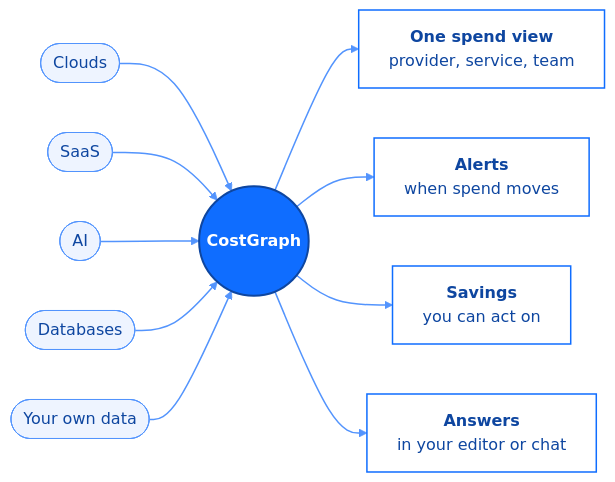
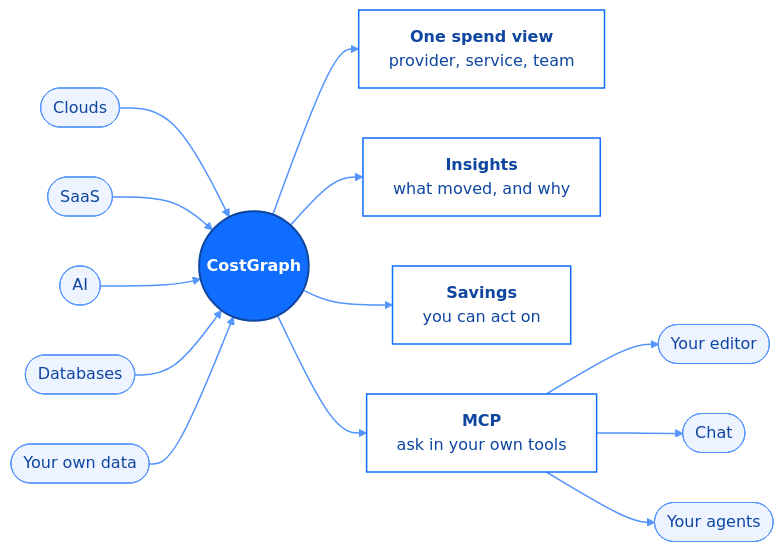
The diagram in costgraph/integrations/overview.mdx (baselinehq/mintlify-docs), drawn with Mermaid before and after one commit. The commit also changed other lines of this file, not shown here.

Commit message:
docs: add the MCP fan-out to the integrations diagram

````diff
--- a/costgraph/integrations/overview.mdx
+++ b/costgraph/integrations/overview.mdx
@@ -24,36 +24,44 @@
 ```mermaid
 flowchart LR
   P1(["Clouds"])
   P2(["SaaS"])
   P3(["AI"])
   P4(["Databases"])
   P5(["Your own data"])
 
   CG(("CostGraph"))
 
   O1["<b>One spend view</b><br/>provider, service, team"]
-  O2["<b>Alerts</b><br/>when spend moves"]
+  O2["<b>Insights</b><br/>what moved, and why"]
   O3["<b>Savings</b><br/>you can act on"]
-  O4["<b>Answers</b><br/>in your editor or chat"]
+  O4["<b>MCP</b><br/>ask in your own tools"]
+
+  M1(["Your editor"])
+  M2(["Chat"])
+  M3(["Your agents"])
 
   P1 --> CG
   P2 --> CG
   P3 --> CG
   P4 --> CG
   P5 --> CG
 
   CG --> O1
   CG --> O2
   CG --> O3
   CG --> O4
 
+  O4 --> M1
+  O4 --> M2
+  O4 --> M3
+
   classDef hub fill:#0F6DFF,stroke:#0E46A0,stroke-width:2px,color:#FFFFFF,font-weight:bold
   classDef source fill:#EEF4FF,stroke:#5394FD,stroke-width:1px,color:#0E46A0
   classDef outcome fill:#FFFFFF,stroke:#0F6DFF,stroke-width:1.5px,color:#0E46A0
 
   class CG hub
-  class P1,P2,P3,P4,P5 source
+  class P1,P2,P3,P4,P5,M1,M2,M3 source
   class O1,O2,O3,O4 outcome
 
   linkStyle default stroke:#5394FD,stroke-width:1.5px
 ```
````
